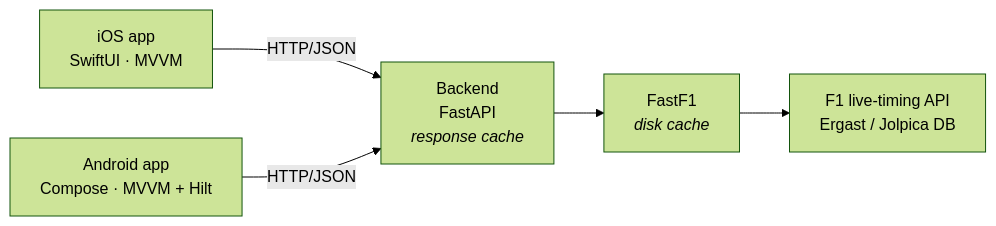
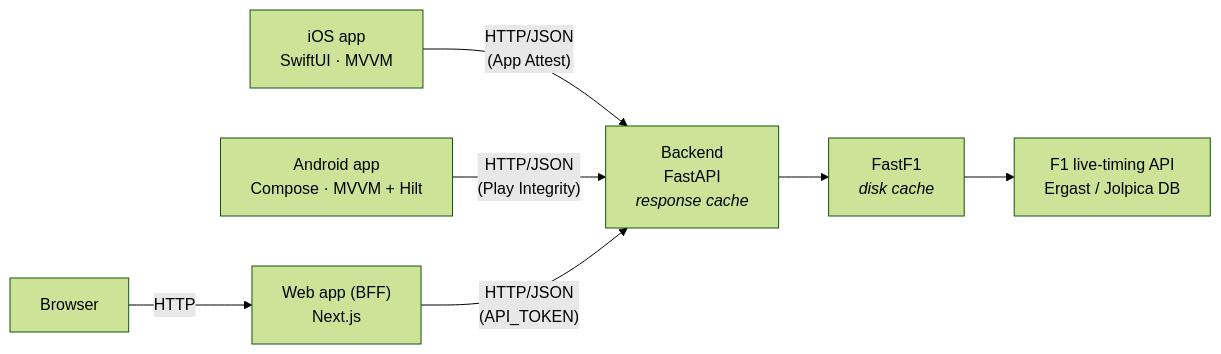
The diagram in README.md (Owl-Media/RaceControl), drawn with Mermaid (forest theme) before and after one commit. The commit also changed other lines of this file and 108 other files, not shown here.

````diff
--- a/README.md
+++ b/README.md
@@ -310,13 +358,17 @@
 ```mermaid
 flowchart LR
     iOS["iOS app<br/>SwiftUI · MVVM"]
     Android["Android app<br/>Compose · MVVM + Hilt"]
+    Browser["Browser"]
+    Web["Web app (BFF)<br/>Next.js"]
     Backend["Backend<br/>FastAPI<br/><i>response cache</i>"]
     FastF1["FastF1<br/><i>disk cache</i>"]
     Sources["F1 live-timing API<br/>Ergast / Jolpica DB"]
 
-    iOS -- HTTP/JSON --> Backend
-    Android -- HTTP/JSON --> Backend
+    iOS -- "HTTP/JSON<br/>(App Attest)" --> Backend
+    Android -- "HTTP/JSON<br/>(Play Integrity)" --> Backend
+    Browser -- HTTP --> Web
+    Web -- "HTTP/JSON<br/>(API_TOKEN)" --> Backend
     Backend --> FastF1
     FastF1 --> Sources
 ```
````
